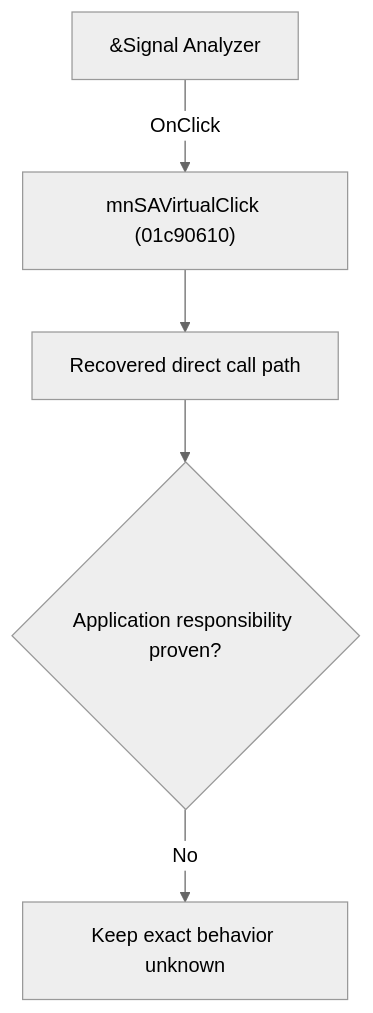
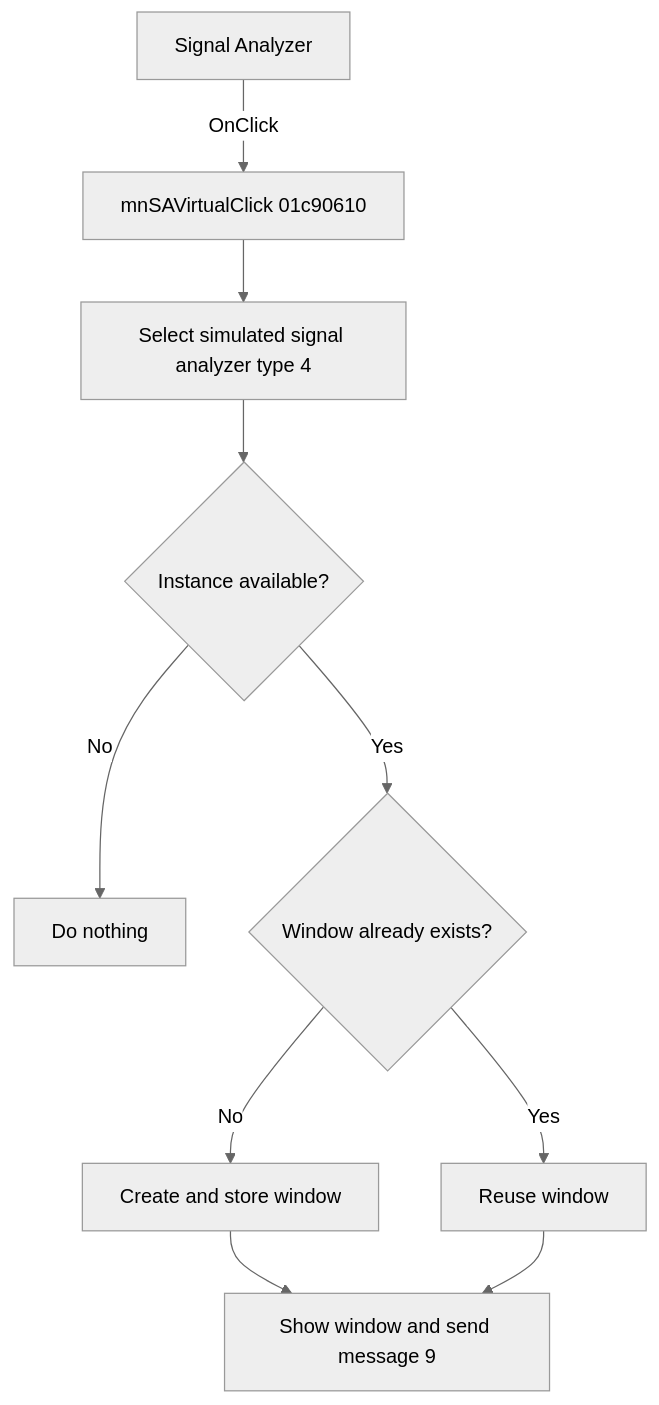
The diagram in docs/ui-controls/schematiceditor/signalanalyzer-40046b9813.md (MovGP0/TIARA), drawn with Mermaid (neutral theme) before and after one commit. The commit also changed other lines of this file and 241 other files, not shown here.

````diff
--- a/docs/ui-controls/schematiceditor/signalanalyzer-40046b9813.md
+++ b/docs/ui-controls/schematiceditor/signalanalyzer-40046b9813.md
@@ -27,7 +24,12 @@
 ```mermaid
 flowchart TD
-    control["&Signal Analyzer"] -->|"OnClick"| handler["mnSAVirtualClick (01c90610)"]
-    handler --> recovered["Recovered direct call path"]
-    recovered --> gap{"Application responsibility proven?"}
-    gap -->|"No"| blocked["Keep exact behavior unknown"]
+    control["Signal Analyzer"] -->|"OnClick"| handler["mnSAVirtualClick 01c90610"]
+    handler --> coordinator["Select simulated signal analyzer type 4"]
+    coordinator --> available{"Instance available?"}
+    available -->|"No"| noOp["Do nothing"]
+    available -->|"Yes"| slot{"Window already exists?"}
+    slot -->|"No"| create["Create and store window"]
+    slot -->|"Yes"| reuse["Reuse window"]
+    create --> show["Show window and send message 9"]
+    reuse --> show
 ```
````
